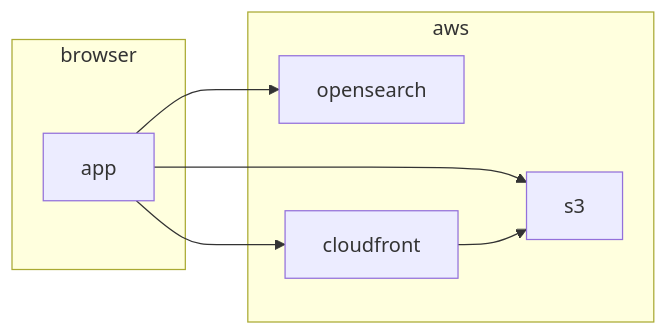
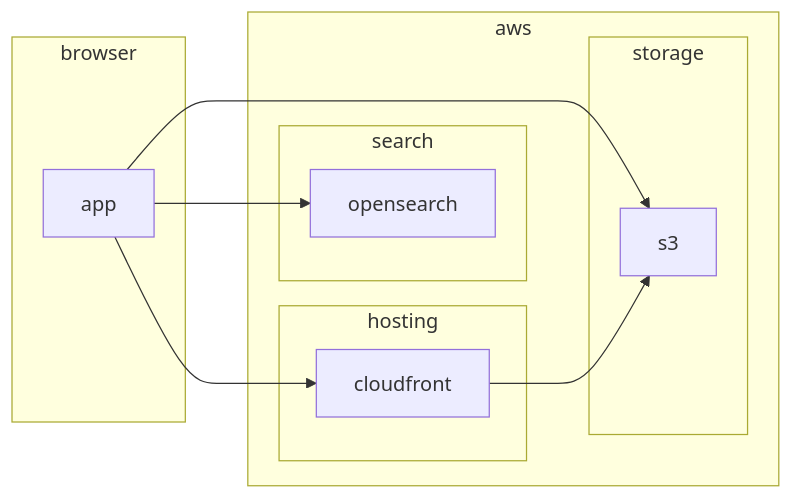
One commit to rollthecloudinc/quell changed the diagram in architecture/rollthecloud/cloud.md. Above: the diagram before and after it, drawn with Mermaid.

````diff
--- a/architecture/rollthecloud/cloud.md
+++ b/architecture/rollthecloud/cloud.md
@@ -1,12 +1,18 @@
 ```mermaid
 flowchart LR;
- subgraph browser;
+ subgraph browser
  app
- end;
- subgraph aws;
+ end
+ subgraph aws
+ subgraph search
  app-->opensearch
+ end
+ subgraph storage
  app-->s3
+ end
+ subgraph hosting
  cloudfront-->s3
  app-->cloudfront
- end;
+ end
+ end
 ```
````
